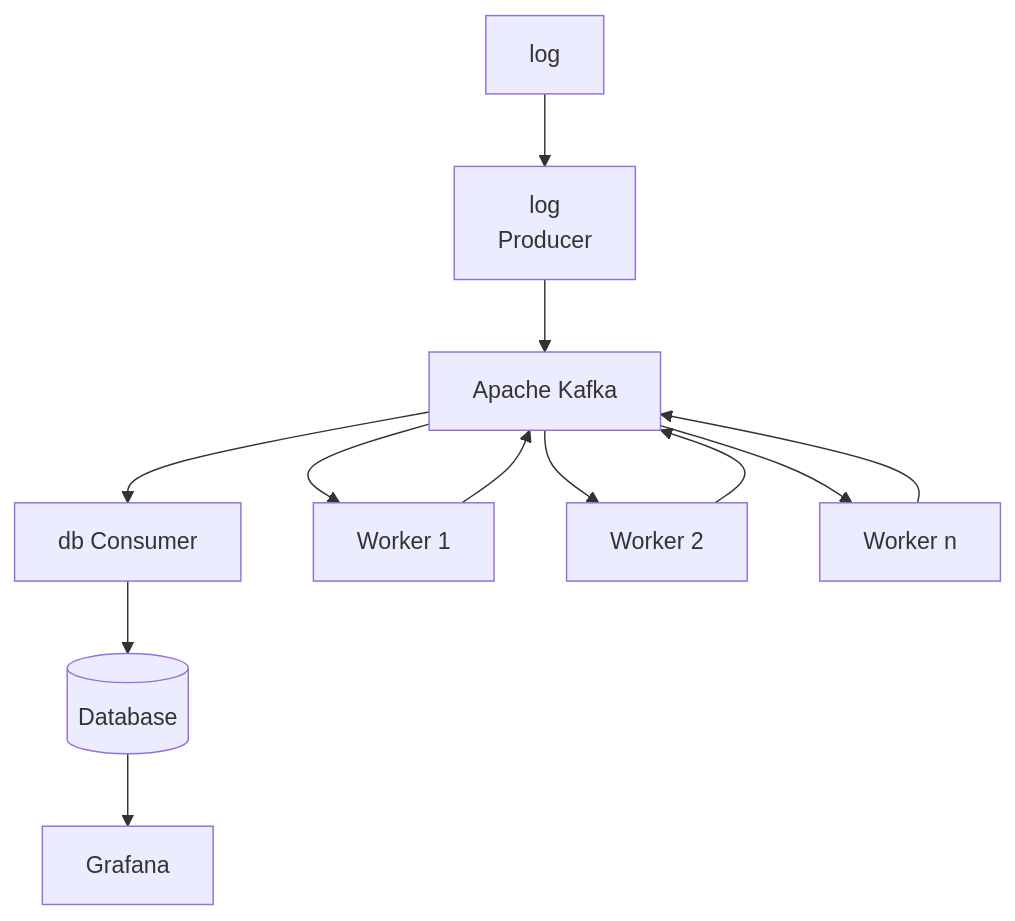
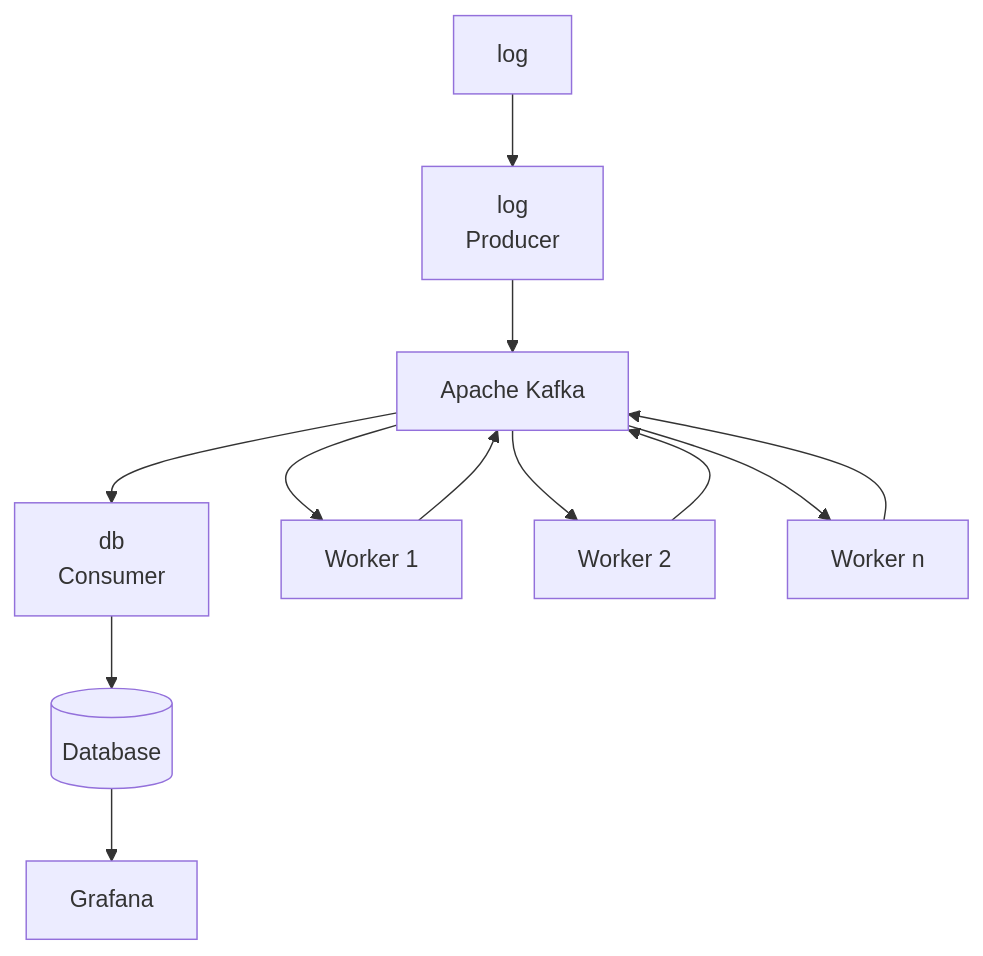
One commit to tomwey2/linux-syslog-analysis-with-kafka changed the diagram in README.md. Above: the diagram before and after it, drawn with Mermaid.

````diff
--- a/README.md
+++ b/README.md
@@ -18,17 +18,17 @@
 ```mermaid
 flowchart TD
     idKafka[Apache Kafka]
     idDb[(Database)]
     idLog[log]
     idProducer[log \n Producer]
-    idConsumer[db Consumer]
+    idConsumer[db \n Consumer]
     idGrafana[Grafana]
     idWorker1[Worker 1]
     idWorker2[Worker 2]
     idWorkerN[Worker n]
-    idLog-->idProducer-->idKafka
+    idLog --> idProducer --> idKafka
     idKafka-->idWorker1-->idKafka
     idKafka-->idWorker2-->idKafka
     idKafka-->idWorkerN-->idKafka
     idKafka-->idConsumer-->idDb-->idGrafana
 ```
````
